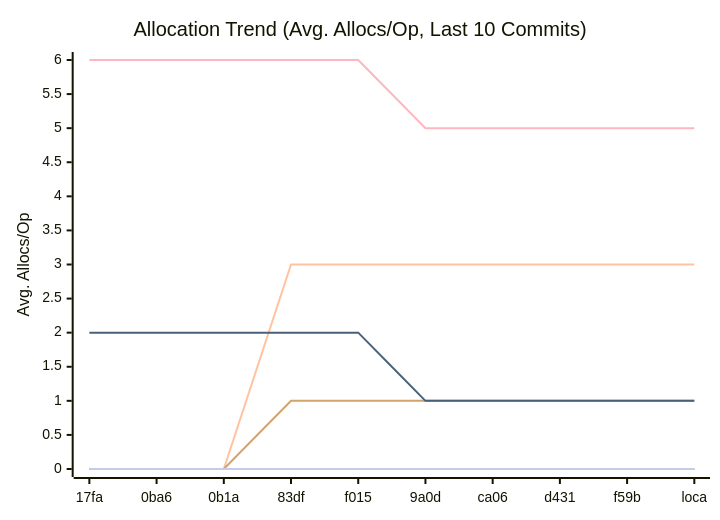
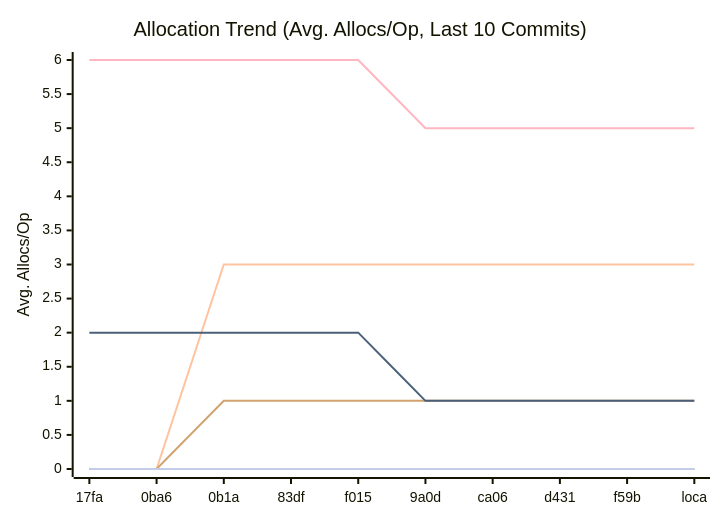
One commit to alsotoes/momo changed the third of 3 diagrams in docs/PERFORMANCE.md. Above: the diagram before and after it, drawn with Mermaid. The commit also changed other lines of this file and 2 other files, not shown here.

Commit message:
docs: create CRUSH.md detailing RADOS Ceph vs CRUSH-lite algorithms

````diff
--- a/docs/PERFORMANCE.md
+++ b/docs/PERFORMANCE.md
@@ -114,16 +114,16 @@
 ```mermaid
 xychart-beta
     title "Allocation Trend (Avg. Allocs/Op, Last 10 Commits)"
     x-axis "Commit"
     y-axis "Avg. Allocs/Op"
     x-axis [17fa,0ba6,0b1a,83df,f015,9a0d,ca06,d431,f59b,loca]
     line "CheckMetricsAndSwap" [0,0,0,0,0,0,0,0,0,0]
     line "CrushOptimized" [0,0,0,0,0,0,0,0,0,0]
-    line "CrushOriginal" [0,0,0,3,3,3,3,3,3,3]
+    line "CrushOriginal" [0,0,3,3,3,3,3,3,3,3]
     line "IndexDirectTracking" [0,0,0,0,0,0,0,0,0,0]
     line "IndexSearch" [0,0,0,0,0,0,0,0,0,0]
-    line "LoadGlobalConfig" [0,0,0,1,1,1,1,1,1,1]
+    line "LoadGlobalConfig" [0,0,1,1,1,1,1,1,1,1]
     line "PadString" [0,0,0,0,0,0,0,0,0,0]
     line "ParseReplicationOrder_NoPrealloc" [6,6,6,6,6,5,5,5,5,5]
     line "ParseReplicationOrder_Prealloc" [2,2,2,2,2,1,1,1,1,1]
 ```
````
